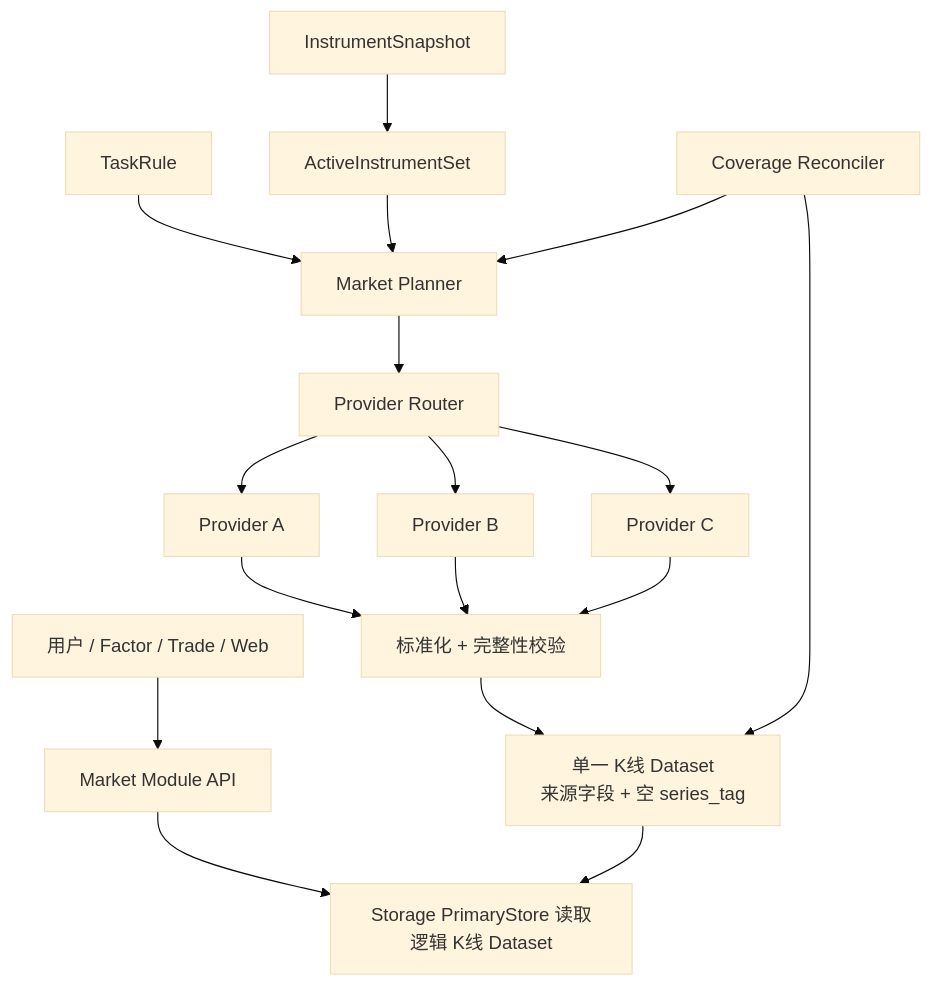
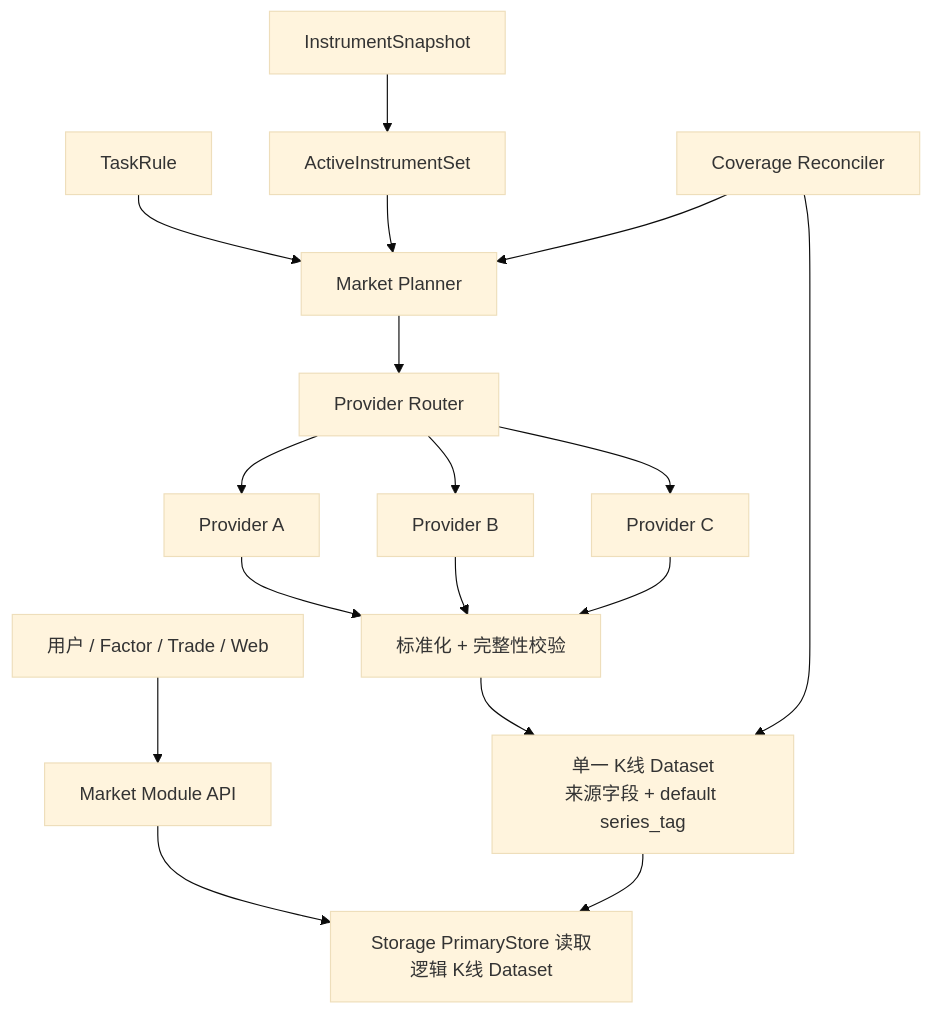
The diagram in docs/内置市场行情采集架构.md (mooyang-code/moox), drawn with Mermaid (base theme) before and after one commit. The commit also changed other lines of this file and 719 other files, not shown here.

````diff
--- a/docs/内置市场行情采集架构.md
+++ b/docs/内置市场行情采集架构.md
@@ -117,20 +117,20 @@
 ```mermaid
 flowchart TD
     User["用户 / Factor / Trade / Web"] --> Market["Market Module API"]
     Market --> Read["Storage PrimaryStore 读取逻辑 K线 Dataset"]
 
     Rule["TaskRule"] --> Planner["Market Planner"]
     Snapshot["InstrumentSnapshot"] --> Active["ActiveInstrumentSet"]
     Active --> Planner
     Planner --> Router["Provider Router"]
     Router --> P1["Provider A"]
     Router --> P2["Provider B"]
     Router --> P3["Provider C"]
     P1 --> Quality["标准化 + 完整性校验"]
     P2 --> Quality
     P3 --> Quality
-    Quality --> Kline["单一 K线 Dataset\n来源字段 + 空 series_tag"]
+    Quality --> Kline["单一 K线 Dataset\n来源字段 + default series_tag"]
     Kline --> Read
     Coverage["Coverage Reconciler"] --> Kline
     Coverage --> Planner
 ```
````
